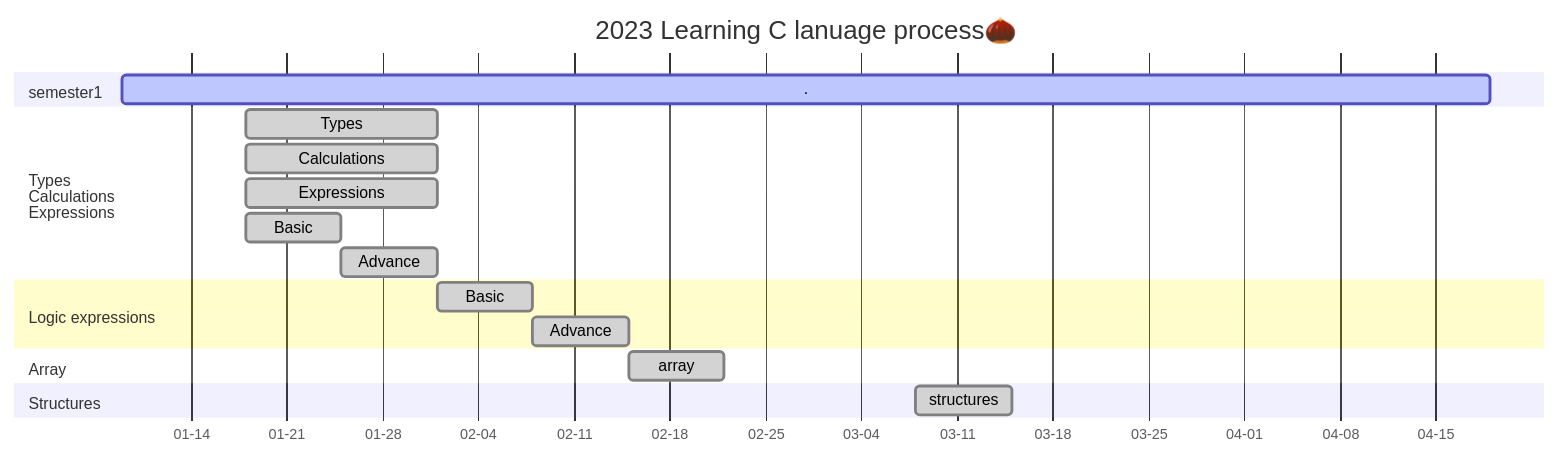
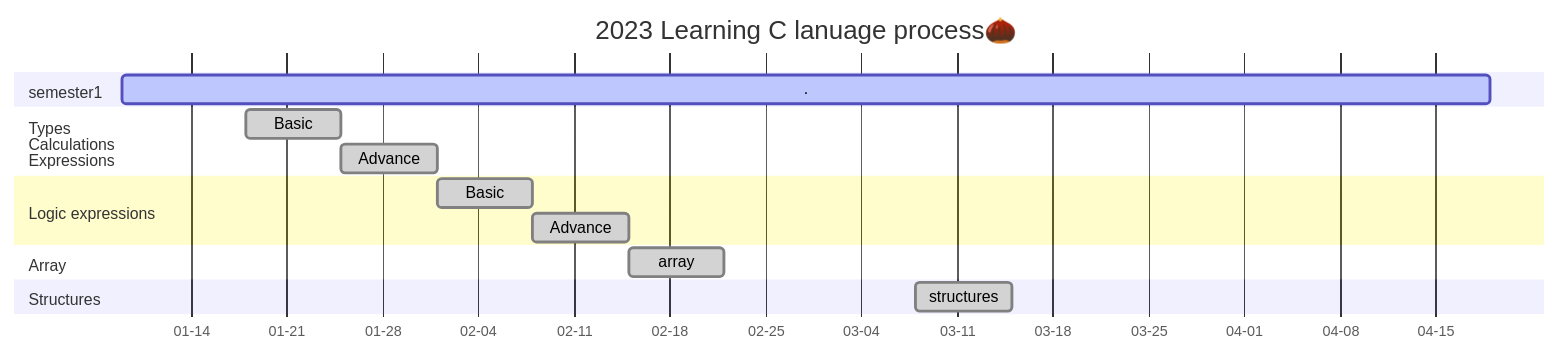
Before and after one commit to AimeeWen1992/Learning-C: the second of 2 diagrams in README.md, drawn with Mermaid.

````diff
--- a/README.md
+++ b/README.md
@@ -32,25 +32,22 @@
 ```mermaid
 gantt
 title 2023 Learning C lanuage process🌰
 dateFormat YYYY-MM-DD
 axisFormat %m-%d
 section semester1
         .            :active,01-09,100d
 section Types<br />Calculations<br />Expressions
-        Types        :done,01-18,14d
-        Calculations :done,01-18,14d
-        Expressions  :done,01-18,14d
         Basic   :done,01-18,7d
         Advance :done,01-25,7d
 
 section Logic expressions
         Basic   :done,des1,02-01,7d
         Advance :done,des2,after des1,7d
 
 section Array
         array :done,02-15,7d
 
 section Structures
         structures :done,03-08,7d
 
 ```
````
